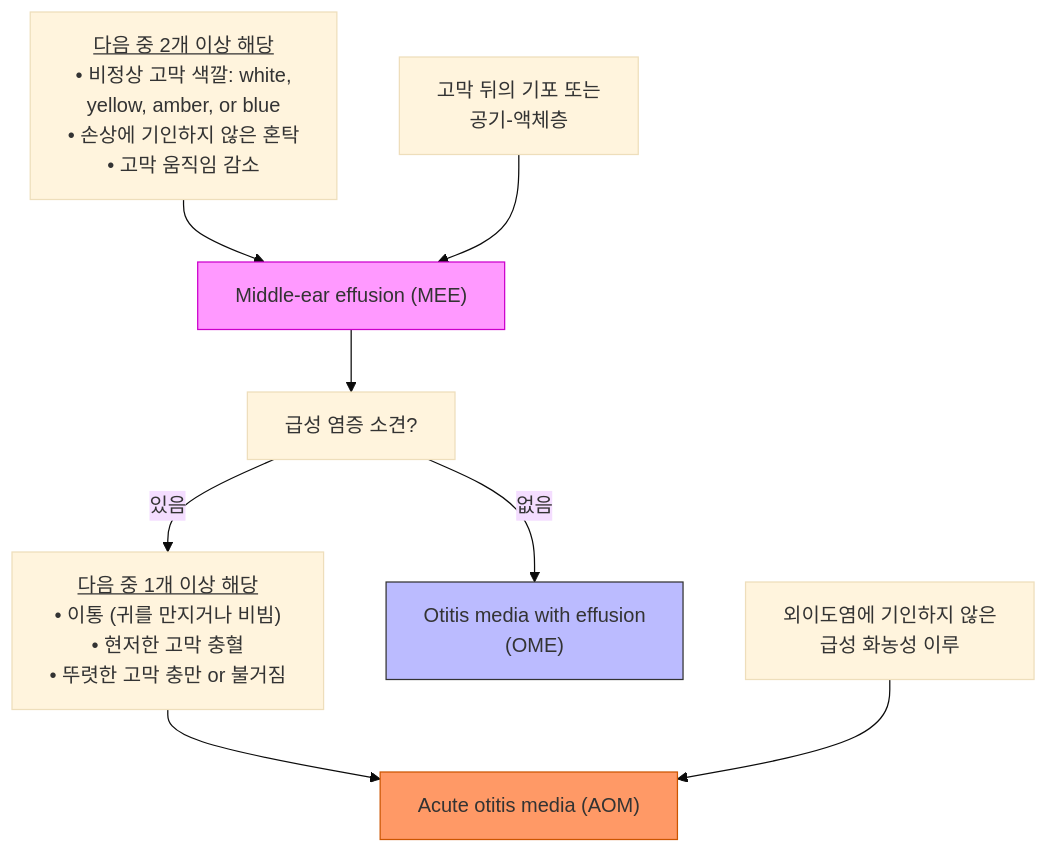
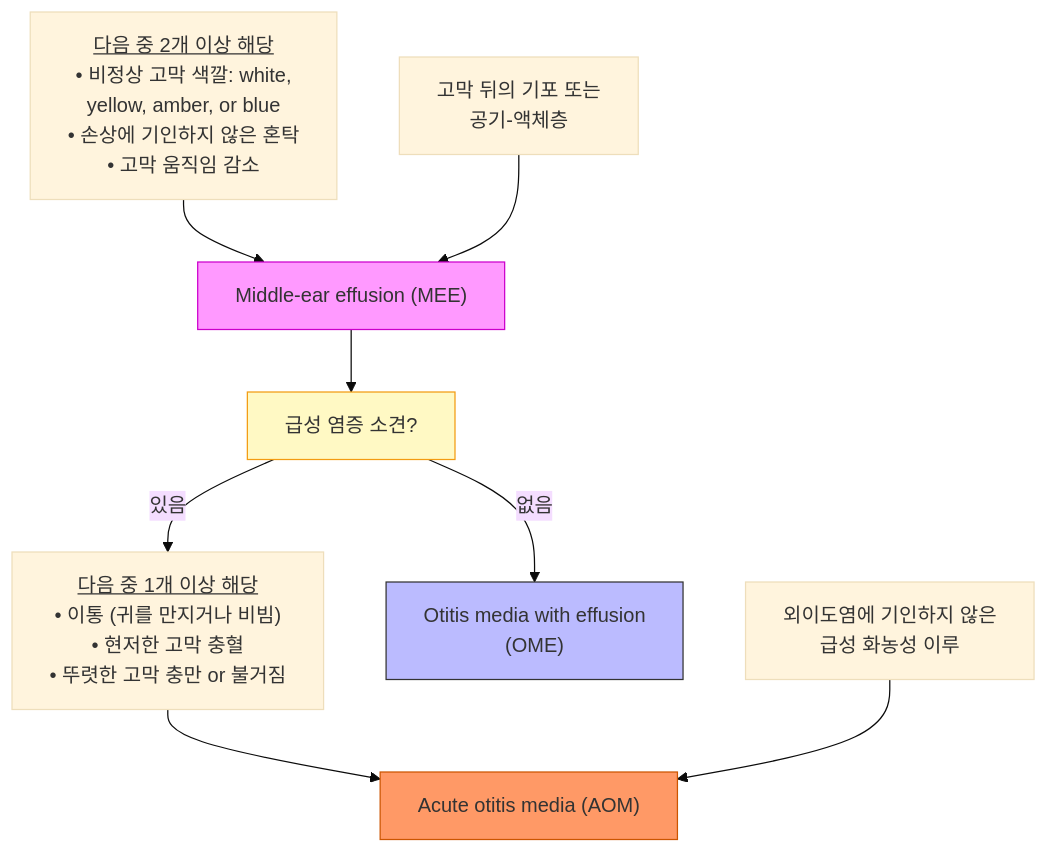
One commit to familyoh77/familyoh77 changed the first of 4 diagrams in 222_/048_-otitis-media.md. Above: the diagram before and after it, drawn with Mermaid (base theme). The commit also changed other lines of this file and 1 other file, not shown here.

````diff
--- a/222_/048_-otitis-media.md
+++ b/222_/048_-otitis-media.md
@@ -141,30 +141,31 @@
 ```mermaid
 graph TD
     A1["<u>다음 중 2개 이상 해당</u><br/>• 비정상 고막 색깔: white, <br/>yellow, amber, or blue<br/>• 손상에 기인하지 않은 혼탁<br/>• 고막 움직임 감소"]
     A2["고막 뒤의 기포 또는<br/>공기-액체층"]
     A3["외이도염에 기인하지 않은<br/>급성 화농성 이루"]
 
     %% 진단명 박스 설정 (색상 추가)
     MEE["Middle-ear effusion (MEE)"]
     OME["Otitis media with effusion <br/>(OME)"]
     AOM["Acute otitis media (AOM)"]
     
     style MEE fill:#ff99ff,stroke:#cc00cc
     style OME fill:#bbf,stroke:#333
     style AOM fill:#ff9966,stroke:#cc5500
+    style Inflam fill:#fff9c4,stroke:#f39c12
 
     Inflam["급성 염증 소견?"]
     
     B1["<u>다음 중 1개 이상 해당</u><br/>• 이통 (귀를 만지거나 비빔)<br/>• 현저한 고막 충혈<br/>• 뚜렷한 고막 충만 or 불거짐"]
 
     A1 --> MEE
     A2 --> MEE
     
     MEE --> Inflam
     
     Inflam -- 없음 --> OME
     Inflam -- 있음 --> B1
     
     B1 --> AOM
     A3 --> AOM
 ```
````
